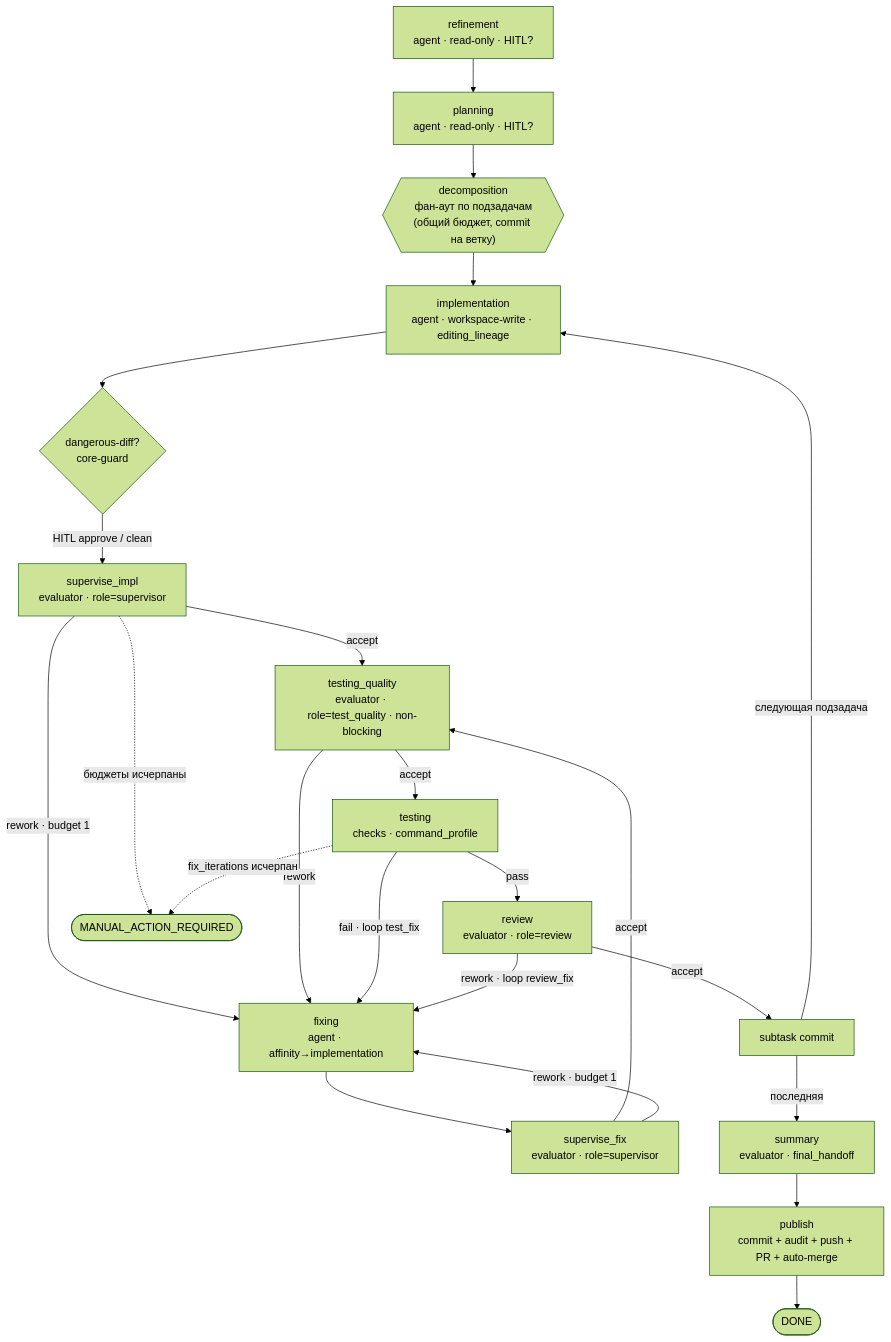
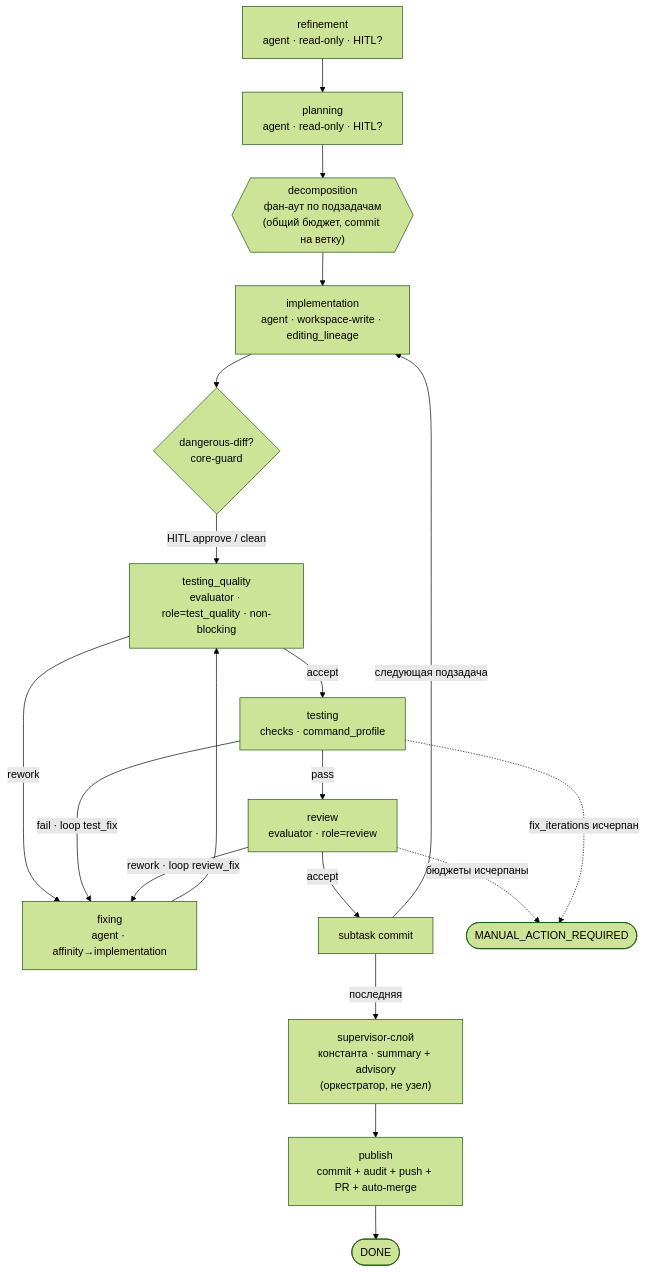
One commit to VladimirMakarevich/wastech-orchestrator changed the second of 2 diagrams in docs/backlog/flows/happy-path.md. Above: the diagram before and after it, drawn with Mermaid (forest theme). The commit also changed other lines of this file and 9 other files, not shown here.

````diff
--- a/docs/backlog/flows/happy-path.md
+++ b/docs/backlog/flows/happy-path.md
@@ -27,25 +27,21 @@
 ```mermaid
 flowchart TD
     refinement["refinement<br/>agent · read-only · HITL?"] --> planning["planning<br/>agent · read-only · HITL?"]
     planning --> dec{{"decomposition<br/>фан-аут по подзадачам<br/>(общий бюджет, commit на ветку)"}}
     dec --> impl["implementation<br/>agent · workspace-write · editing_lineage"]
     impl --> dd{"dangerous-diff?<br/>core-guard"}
-    dd -->|HITL approve / clean| sup1["supervise_impl<br/>evaluator · role=supervisor"]
-    sup1 -->|accept| tq["testing_quality<br/>evaluator · role=test_quality · non-blocking"]
-    sup1 -->|rework · budget 1| fixing["fixing<br/>agent · affinity→implementation"]
+    dd -->|HITL approve / clean| tq["testing_quality<br/>evaluator · role=test_quality · non-blocking"]
     tq -->|accept| checks["testing<br/>checks · command_profile"]
-    tq -->|rework| fixing
+    tq -->|rework| fixing["fixing<br/>agent · affinity→implementation"]
     checks -->|pass| review["review<br/>evaluator · role=review"]
     checks -->|fail · loop test_fix| fixing
     review -->|accept| commit["subtask commit"]
     review -->|rework · loop review_fix| fixing
-    fixing --> sup2["supervise_fix<br/>evaluator · role=supervisor"]
-    sup2 -->|accept| tq
-    sup2 -->|rework · budget 1| fixing
+    fixing --> tq
     commit -->|следующая подзадача| impl
-    commit -->|последняя| summary["summary<br/>evaluator · final_handoff"]
-    summary --> publish["publish<br/>commit + audit + push + PR + auto-merge"]
+    commit -->|последняя| sup["supervisor-слой<br/>константа · summary + advisory<br/>(оркестратор, не узел)"]
+    sup --> publish["publish<br/>commit + audit + push + PR + auto-merge"]
     publish --> done(["DONE"])
-    sup1 -.->|бюджеты исчерпаны| manual(["MANUAL_ACTION_REQUIRED"])
+    review -.->|бюджеты исчерпаны| manual(["MANUAL_ACTION_REQUIRED"])
     checks -.->|fix_iterations исчерпан| manual
 ```
````
